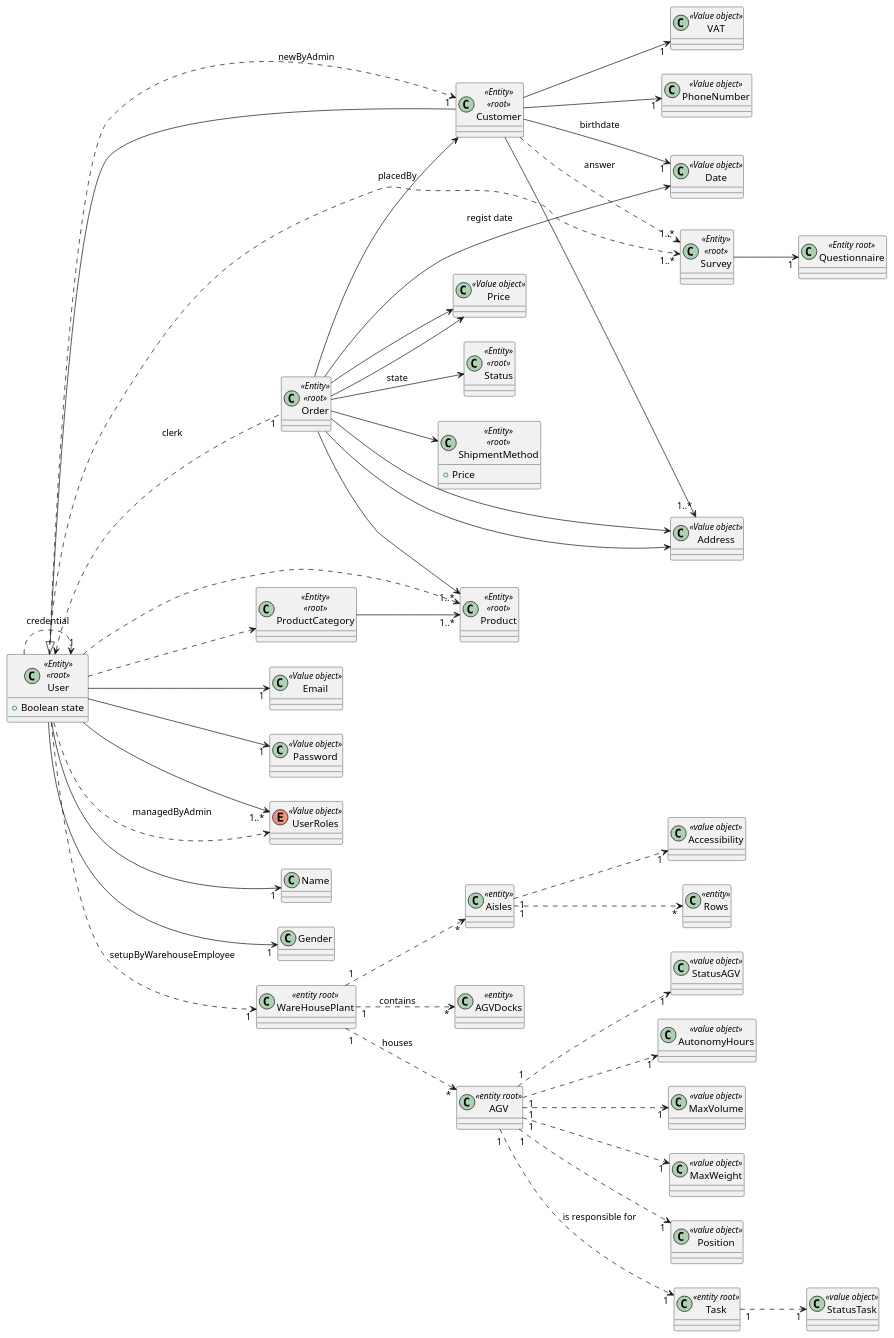
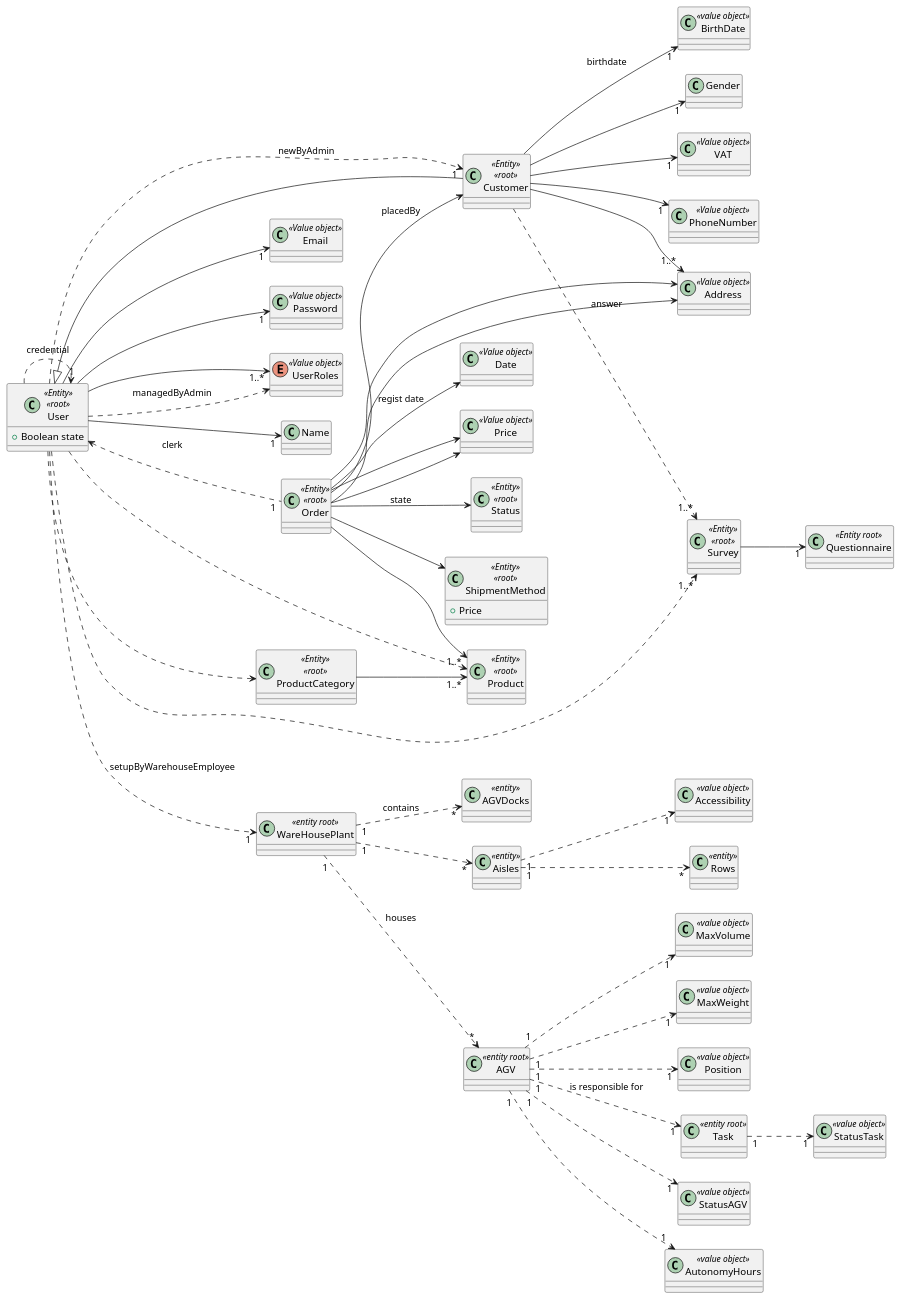
One commit to LourencoMelo/ISEP-EAPLI changed the diagram in eapli.base/docs/Geral/MD/MD.puml. Above: the diagram before and after it, drawn with PlantUML. The commit also changed 21 other files, not shown here.

```diff
--- a/eapli.base/docs/Geral/MD/MD.puml
+++ b/eapli.base/docs/Geral/MD/MD.puml
@@ -1,105 +1,106 @@
 @startuml
 
 left to right direction
 'skinparam linetype ortho
 
 class User <<Entity>> <<root>>{
  +Boolean state
 }
 
 class Customer <<Entity>> <<root>> {}
 
 class Order <<Entity>> <<root>> {}
 
 
 
 class Email <<Value object>> {}
 
 class Password <<Value object>>
 
 enum UserRoles <<Value object>> {}
 
 User --> "1" Name
-User --> "1" Gender
 User --> "1" Email
 User --> "1" Password
 User ..> UserRoles : managedByAdmin
 User --> "1..*" UserRoles
 
 Customer --|> User
 
 
 class VAT <<Value object>>{}
 class PhoneNumber <<Value object>>{}
 class Address <<Value object>>{}
 class Date <<Value object>>
 
 Customer --> "1" VAT
 Customer --> "1..*" Address
 Customer --> "1" PhoneNumber
-Customer --> "1" Date : birthdate
+Customer --> "1" BirthDate : birthdate
+Customer --> "1" Gender
 
 class Price <<Value object>>{}
 class Status <<Entity>> <<root>>{}
 class ShipmentMethod <<Entity>> <<root>>{
     +Price
 }
 
 Order --> Customer : placedBy
 Order --> Date :  regist date
 Order --> Price
 Order --> Price
 Order --> Address
 Order --> Address
 Order --> Status : state
 Order --> ShipmentMethod
 
 class Product <<Entity>> <<root>>{}
 class ProductCategory <<Entity>> <<root>>{}
 
 Order --> "1..*" Product
 
 ProductCategory --> "1..*" Product
 
 User ..> ProductCategory
 User ..> Product
 User ..> "1" User : credential
 User ..> "1" Customer : newByAdmin
 User <.. "1" Order : clerk
 
 class WareHousePlant<<entity root>> {}
 class Aisles <<entity>> {}
 class Accessibility <<value object>> {}
 class Rows <<entity>> {}
 class AGVDocks <<entity>> {}
 class AGV<<entity root>>{}
 class StatusAGV<<value object>>{}
 class AutonomyHours<<value object>>{}
 class MaxVolume<<value object>>{}
 class MaxWeight<<value object>>{}
 class Position<<value object>>{}
 class Task<<entity root>>{}
 class StatusTask<<value object>>{}
+class BirthDate<<value object>>{}
 
 User ..> "1" WareHousePlant : setupByWarehouseEmployee
 WareHousePlant "1" ..> "*" AGVDocks : contains
 WareHousePlant "1" ..> "*" Aisles
 Aisles "1" ..> "*" Rows
 Aisles "1" ..> "1" Accessibility
 WareHousePlant "1"..> "*" AGV : houses
 AGV "1" ..> "1" StatusAGV
 AGV "1" ..> "1" AutonomyHours
 AGV "1" ..> "1" MaxVolume
 AGV "1" ..> "1" MaxWeight
 AGV "1" ..> "1" Position
 AGV "1"..> "1" Task : is responsible for
 Task "1" ..> "1" StatusTask
 
 class Survey <<Entity>> <<root>>{}
 class Questionnaire <<Entity root>>{}
 
 User ..> "1..*" Survey
 Customer ..> "1..*" Survey : answer
 Survey --> "1" Questionnaire
 
 @enduml
```
